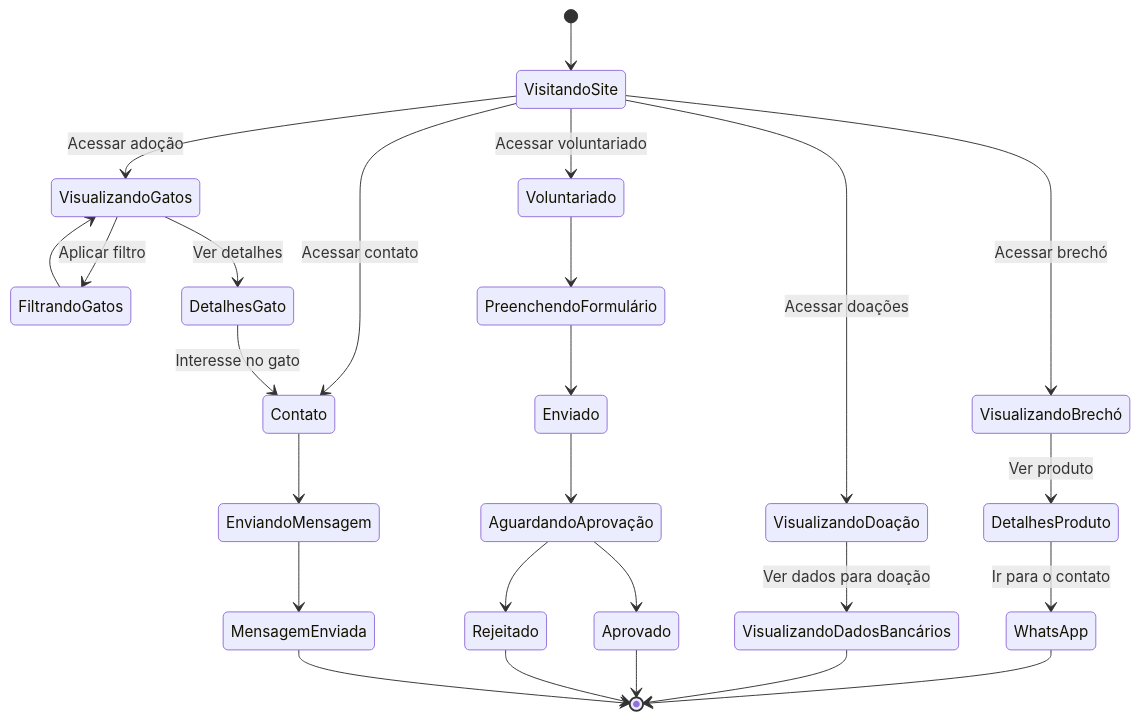
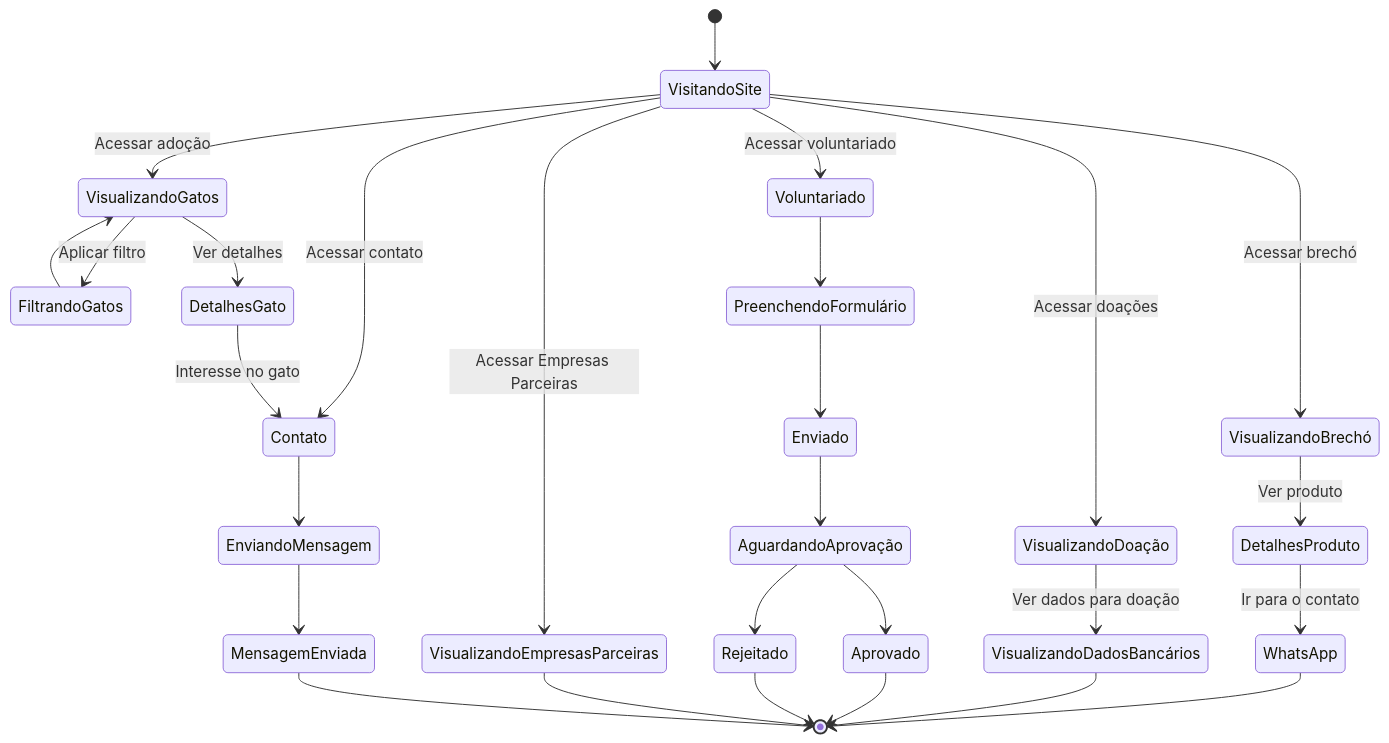
Before and after one commit to ligiaoliveira/Casa-dos-Gatos: the diagram in docs/diagramas/estados_visitante.md, drawn with Mermaid.

````diff
--- a/docs/diagramas/estados_visitante.md
+++ b/docs/diagramas/estados_visitante.md
@@ -1,40 +1,45 @@
 ```mermaid
 stateDiagram-v2
 
   [*] --> VisitandoSite
 
   VisitandoSite --> VisualizandoGatos : Acessar adoção
   VisitandoSite --> VisualizandoBrechó : Acessar brechó
   VisitandoSite --> VisualizandoDoação : Acessar doações
   VisitandoSite --> Voluntariado : Acessar voluntariado
+  VisitandoSite --> VisualizandoEmpresasParceiras : Acessar Empresas Parceiras
   VisitandoSite --> Contato : Acessar contato
 
   %% Gatos
   VisualizandoGatos --> FiltrandoGatos : Aplicar filtro
   FiltrandoGatos --> VisualizandoGatos
   VisualizandoGatos --> DetalhesGato : Ver detalhes
   DetalhesGato --> Contato : Interesse no gato
 
   %% Brechó
   VisualizandoBrechó --> DetalhesProduto : Ver produto
   DetalhesProduto --> WhatsApp : Ir para o contato
   WhatsApp --> [*]
 
   %% Doação
   VisualizandoDoação --> VisualizandoDadosBancários : Ver dados para doação
   VisualizandoDadosBancários --> [*]
 
   %% Voluntariado
   Voluntariado --> PreenchendoFormulário
   PreenchendoFormulário --> Enviado
   Enviado --> AguardandoAprovação
   AguardandoAprovação --> Aprovado
   AguardandoAprovação --> Rejeitado
   Aprovado --> [*]
   Rejeitado --> [*]
 
+  %% Empresas Parceiras
+  VisualizandoEmpresasParceiras --> [*]
+
   %% Contato
   Contato --> EnviandoMensagem
   EnviandoMensagem --> MensagemEnviada
   MensagemEnviada --> [*]
+
 ```
````
